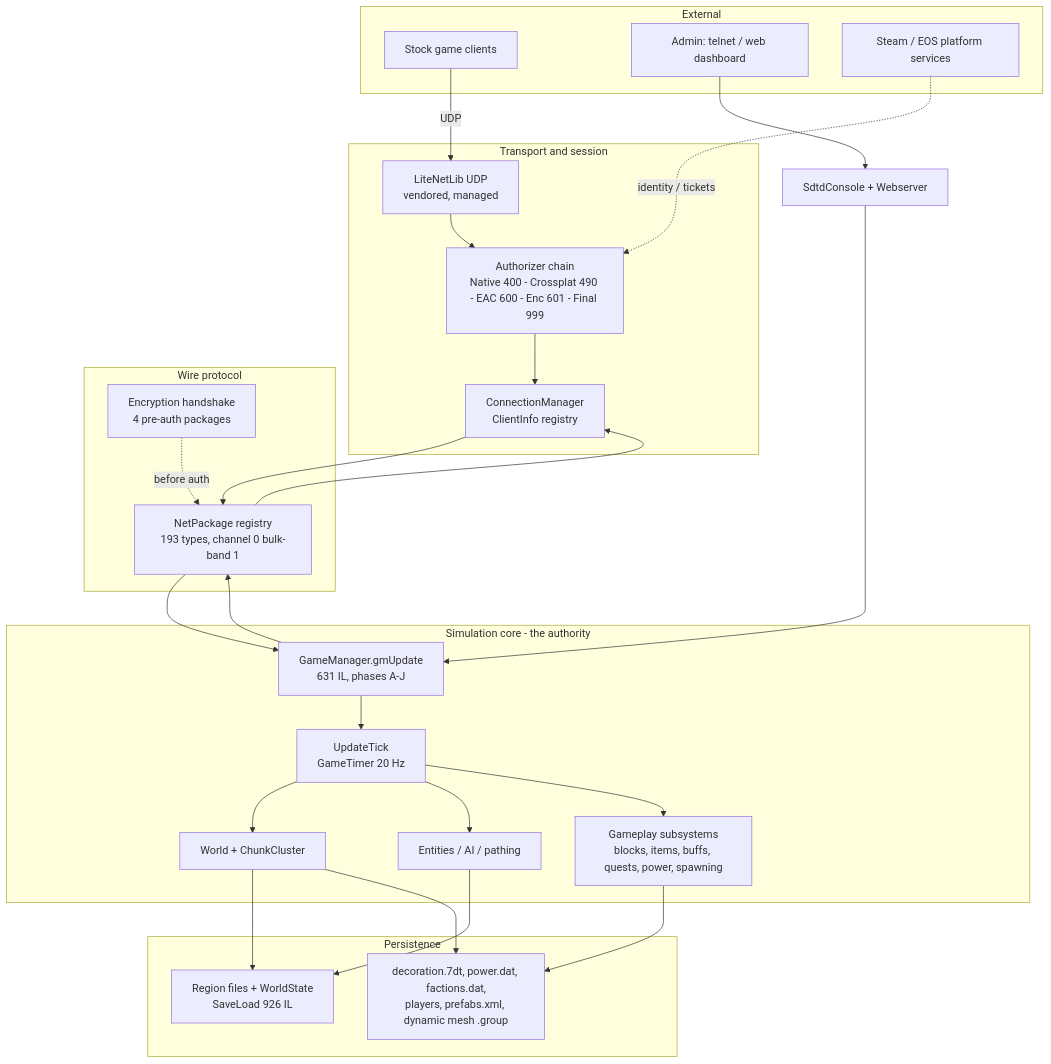
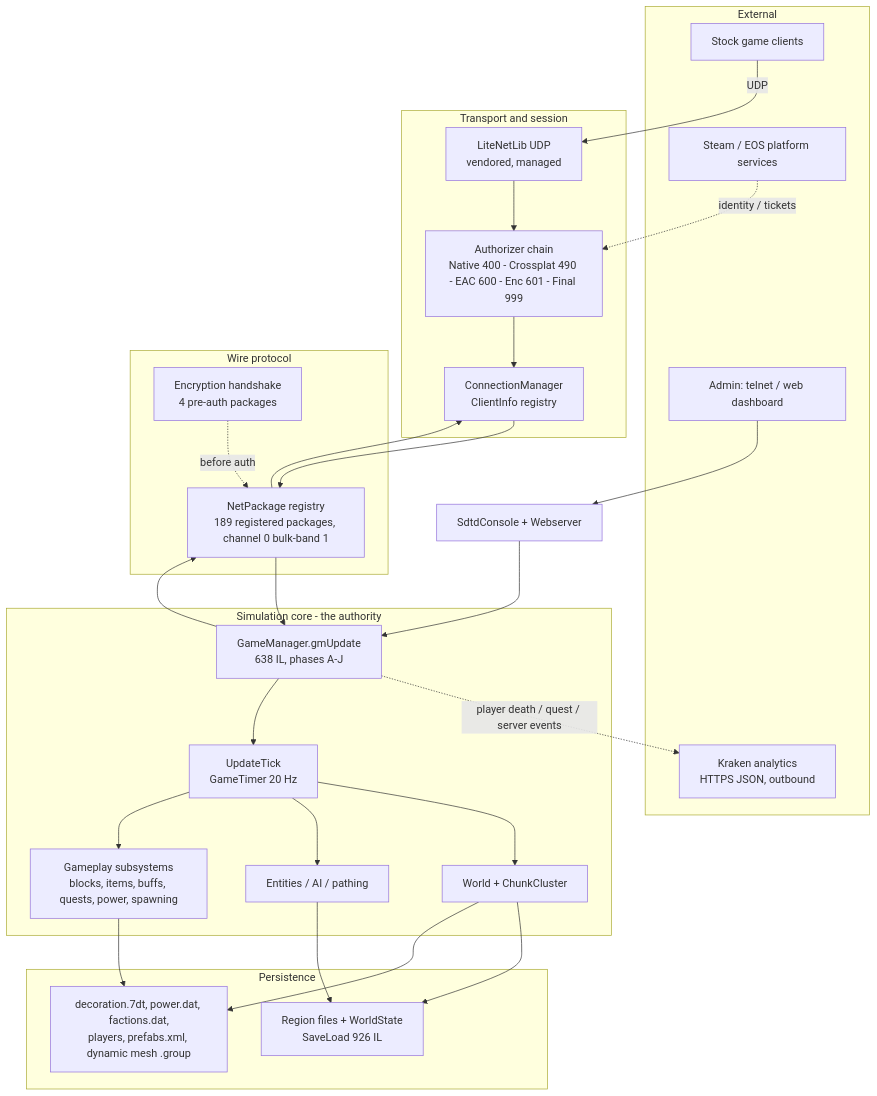
The first of 8 diagrams in docs/meta/architecture-map.md (hordeforge/7dtd-engine-research), drawn with Mermaid before and after one commit. The commit also changed other lines of this file and 41 other files, not shown here.

````diff
--- a/docs/meta/architecture-map.md
+++ b/docs/meta/architecture-map.md
@@ -23,52 +23,54 @@
 ```mermaid
 flowchart TB
   subgraph EXT[External]
     CL[Stock game clients]
     ADM[Admin: telnet / web dashboard]
     PLAT[Steam / EOS platform services]
+    TEL[Kraken analytics<br/>HTTPS JSON, outbound]
   end
 
   subgraph TRANSPORT[Transport and session]
     LNL[LiteNetLib UDP<br/>vendored, managed]
     AUTH[Authorizer chain<br/>Native 400 - Crossplat 490 - EAC 600 - Enc 601 - Final 999]
     CONN[ConnectionManager<br/>ClientInfo registry]
   end
 
   subgraph WIRE[Wire protocol]
-    PKG[NetPackage registry<br/>193 types, channel 0 bulk-band 1]
+    PKG[NetPackage registry<br/>189 registered packages, channel 0 bulk-band 1]
     ENC[Encryption handshake<br/>4 pre-auth packages]
   end
 
   subgraph SIM[Simulation core - the authority]
-    GM[GameManager.gmUpdate<br/>631 IL, phases A-J]
+    GM[GameManager.gmUpdate<br/>638 IL, phases A-J]
     TICK[UpdateTick<br/>GameTimer 20 Hz]
     WORLD[World + ChunkCluster]
     ENT[Entities / AI / pathing]
     SUBS[Gameplay subsystems<br/>blocks, items, buffs, quests, power, spawning]
   end
 
   subgraph PERSIST[Persistence]
     REG[Region files + WorldState<br/>SaveLoad 926 IL]
     AUX[decoration.7dt, power.dat, factions.dat,<br/>players, prefabs.xml, dynamic mesh .group]
   end
 
   CL -->|UDP| LNL
   LNL --> AUTH
   AUTH --> CONN
   PLAT -.identity / tickets.-> AUTH
   CONN --> PKG
   PKG --> CONN
   ENC -.before auth.-> PKG
   PKG --> GM
   GM --> PKG
+  GM -.player death / quest / server events.-> TEL
   ADM --> CONS[SdtdConsole + Webserver]
   CONS --> GM
   GM --> TICK
   TICK --> WORLD
   TICK --> ENT
   TICK --> SUBS
   WORLD --> REG
   ENT --> REG
   SUBS --> AUX
   WORLD --> AUX
 ```
````
